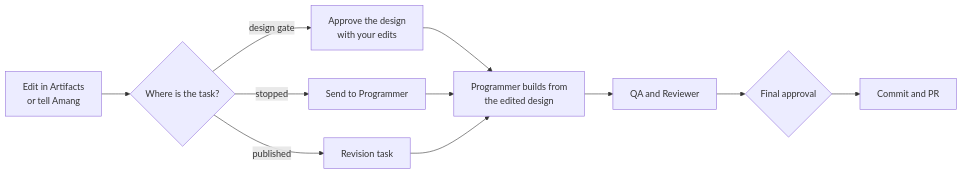
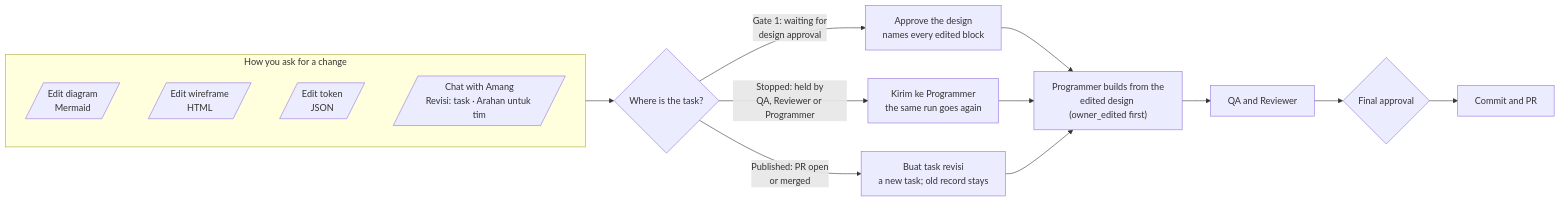
Before and after one commit to Rafie93/siamang-ai: the second of 2 diagrams in README.md, drawn with Mermaid. The commit also changed other lines of this file and 3 other files, not shown here.

````diff
--- a/README.md
+++ b/README.md
@@ -128,11 +181,18 @@
 ```mermaid
 flowchart LR
-  E["Edit in Artifacts<br/>or tell Amang"] --> S{Where is the task?}
-  S -->|design gate| G[Approve the design<br/>with your edits]
-  S -->|stopped| K[Send to Programmer]
-  S -->|published| V[Revision task]
-  G --> C[Programmer builds from<br/>the edited design]
+  subgraph how ["How you ask for a change"]
+    direction TB
+    E1[/"Edit diagram<br/>Mermaid"/]
+    E2[/"Edit wireframe<br/>HTML"/]
+    E3[/"Edit token<br/>JSON"/]
+    CH[/"Chat with Amang<br/>Revisi: task · Arahan untuk tim"/]
+  end
+  how --> S{Where is the task?}
+  S -->|"Gate 1: waiting for<br/>design approval"| G["Approve the design<br/>names every edited block"]
+  S -->|"Stopped: held by<br/>QA, Reviewer or Programmer"| K["Kirim ke Programmer<br/>the same run goes again"]
+  S -->|"Published: PR open<br/>or merged"| V["Buat task revisi<br/>a new task; old record stays"]
+  G --> C["Programmer builds from the<br/>edited design (owner_edited first)"]
   K --> C
   V --> C
   C --> Q[QA and Reviewer] --> A{Final approval} --> PR[Commit and PR]
 ```
````
